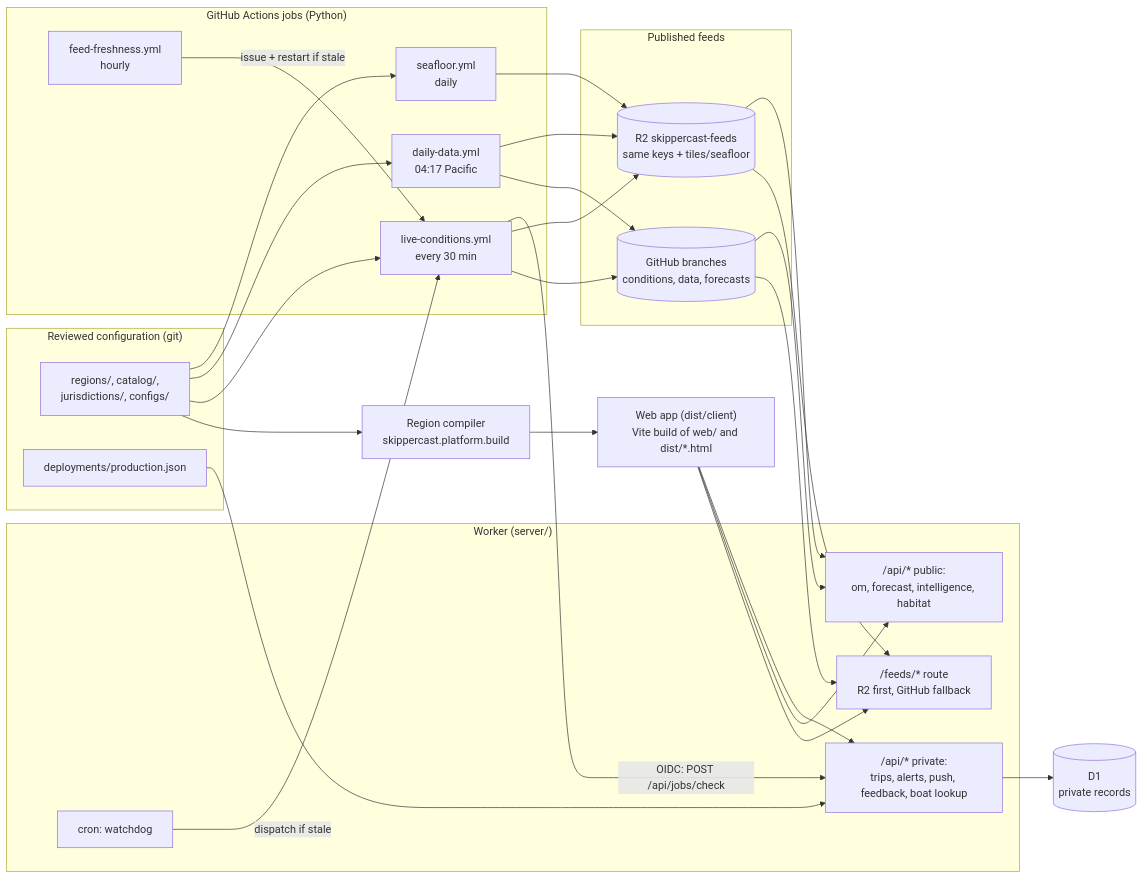
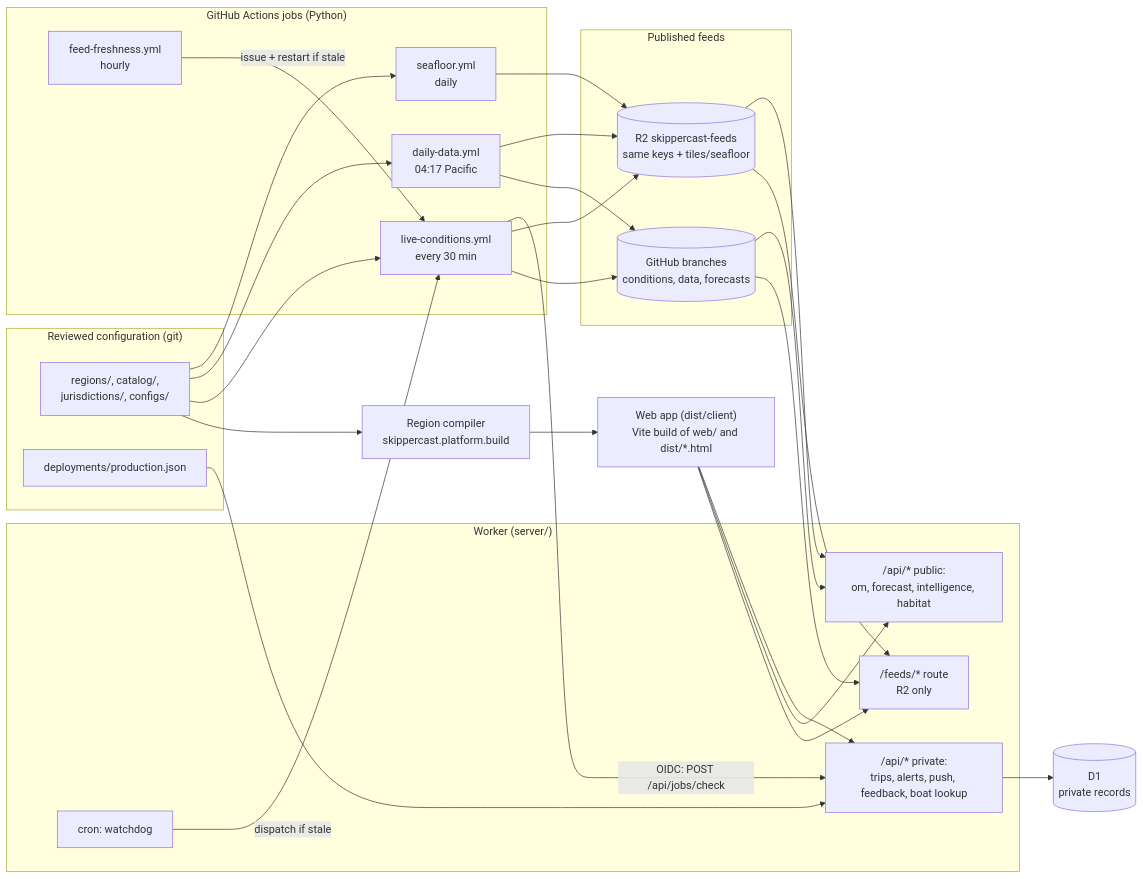
One commit to Grahammmm/skippercast changed the second of 2 diagrams in docs/architecture.md. Above: the diagram before and after it, drawn with Mermaid. The commit also changed other lines of this file and 12 other files, not shown here.

First line of the commit message:
Document R2-only published feeds (SC2184-13)

````diff
--- a/docs/architecture.md
+++ b/docs/architecture.md
@@ -40,43 +40,43 @@
 ```mermaid
 flowchart LR
     subgraph config["Reviewed configuration (git)"]
       regions["regions/, catalog/,<br/>jurisdictions/, configs/"]
       deploy["deployments/production.json"]
     end
     subgraph jobs["GitHub Actions jobs (Python)"]
       live["live-conditions.yml<br/>every 30 min"]
       daily["daily-data.yml<br/>04:17 Pacific"]
       seafloorjob["seafloor.yml<br/>daily"]
       fresh["feed-freshness.yml<br/>hourly"]
     end
     subgraph stores["Published feeds"]
       branches[("GitHub branches<br/>conditions, data, forecasts")]
       r2[("R2 skippercast-feeds<br/>same keys + tiles/seafloor")]
     end
     subgraph edge["Worker (server/)"]
-      feedsroute["/feeds/* route<br/>R2 first, GitHub fallback"]
+      feedsroute["/feeds/* route<br/>R2 only"]
       api["/api/* public:<br/>om, forecast, intelligence, habitat"]
       private["/api/* private:<br/>trips, alerts, push, feedback, boat lookup"]
       cron["cron: watchdog"]
     end
     d1[("D1<br/>private records")]
     web["Web app (dist/client)<br/>Vite build of web/ and dist/*.html"]
     compiler["Region compiler<br/>skippercast.platform.build"]
     regions --> compiler --> web
     regions --> live & daily & seafloorjob
     live --> branches
     live --> r2
     daily --> branches
     daily --> r2
     seafloorjob --> r2
     branches --> feedsroute
     r2 --> feedsroute
     r2 --> api
     branches --> api
     web --> feedsroute & api & private
     private --> d1
     live -->|"OIDC: POST /api/jobs/check"| private
     cron -->|"dispatch if stale"| live
     fresh -->|"issue + restart if stale"| live
     deploy --> private
 ```
````
